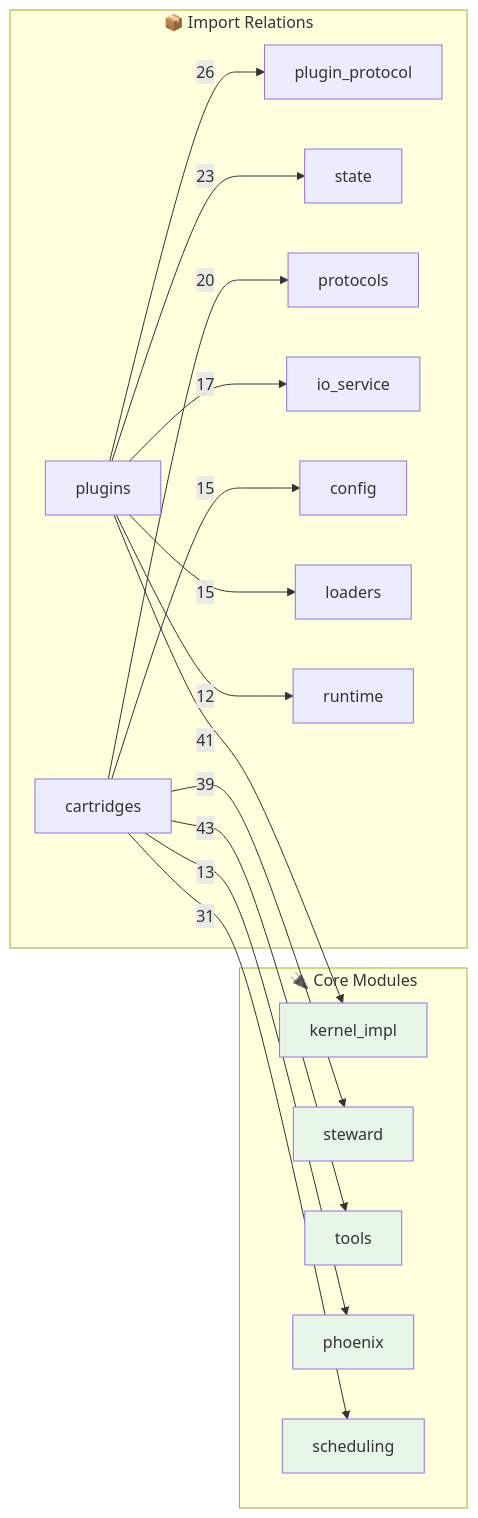
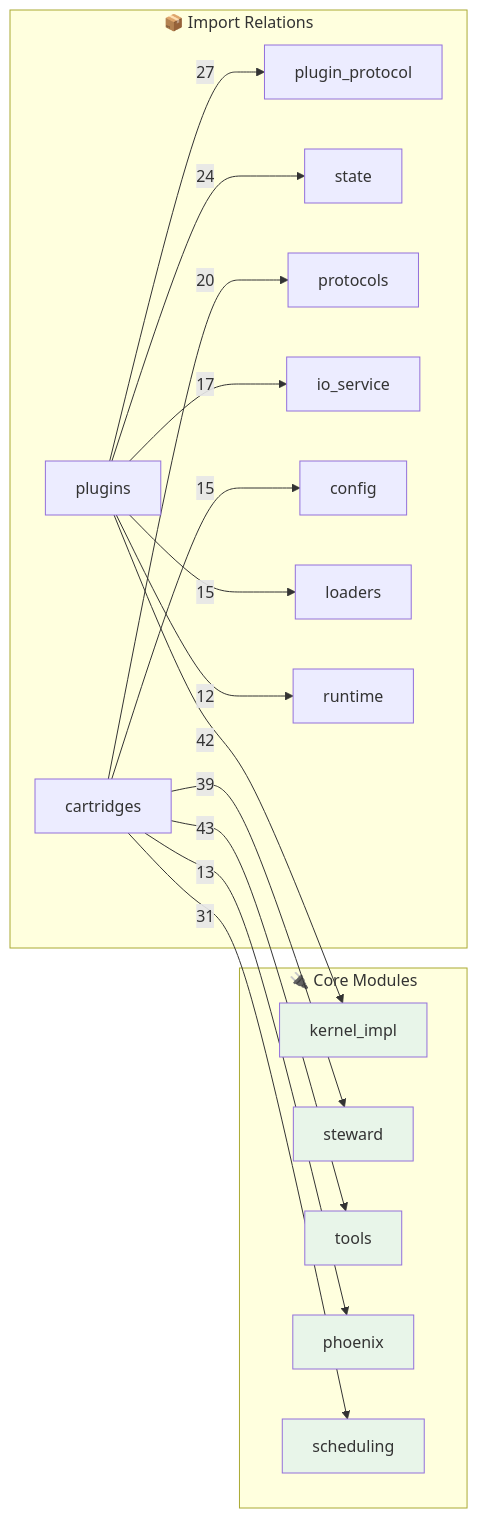
Before and after one commit to kimeisele/steward-protocol: the second of 2 diagrams in OPUS.md, drawn with Mermaid. The commit also changed other lines of this file and 16 other files, not shown here.

````diff
--- a/OPUS.md
+++ b/OPUS.md
@@ -682,31 +684,31 @@
 ```mermaid
 flowchart LR
     subgraph Core["🔌 Core Modules"]
         kernel_impl[kernel_impl]
         steward[steward]
         tools[tools]
         phoenix[phoenix]
         scheduling[scheduling]
     end
 
     subgraph Edges["📦 Import Relations"]
         cartridges -->|43| tools
-        plugins -->|41| kernel_impl
+        plugins -->|42| kernel_impl
         cartridges -->|39| steward
         cartridges -->|31| scheduling
-        plugins -->|26| plugin_protocol
-        plugins -->|23| state
+        plugins -->|27| plugin_protocol
+        plugins -->|24| state
         cartridges -->|20| protocols
         plugins -->|17| io_service
         cartridges -->|15| config
         plugins -->|15| loaders
         cartridges -->|13| phoenix
         plugins -->|12| runtime
     end
 
     style kernel_impl fill:#e8f5e9
     style steward fill:#e8f5e9
     style tools fill:#e8f5e9
     style phoenix fill:#e8f5e9
     style scheduling fill:#e8f5e9
 ```
````
